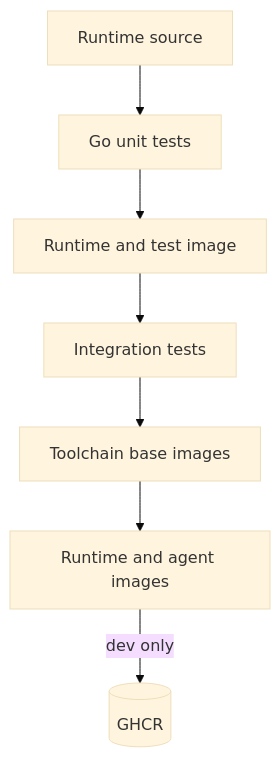
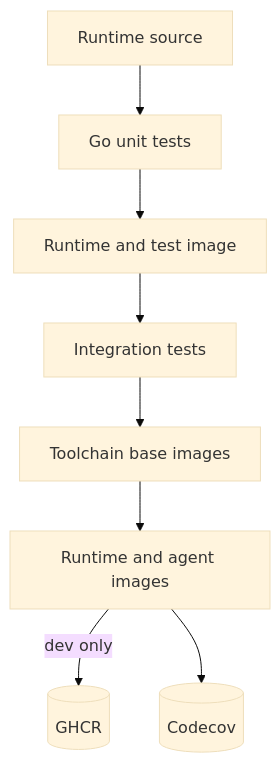
Before and after one commit to meowpow-png/mipe: the first of 2 diagrams in docs/CI.md, drawn with Mermaid (base theme). The commit also changed other lines of this file and 1 other file, not shown here.

````diff
--- a/docs/CI.md
+++ b/docs/CI.md
@@ -15,9 +16,10 @@
 ```mermaid
 flowchart TD
     source["Runtime source"] --> verify["Go unit tests"]
     verify --> testImage["Runtime and test image"]
     testImage --> integration["Integration tests"]
     integration --> bases["Toolchain base images"]
     bases --> images["Runtime and agent images"]
     images -->|dev only| ghcr[("GHCR")]
+    images --> codecov[("Codecov")]
 ```
````
